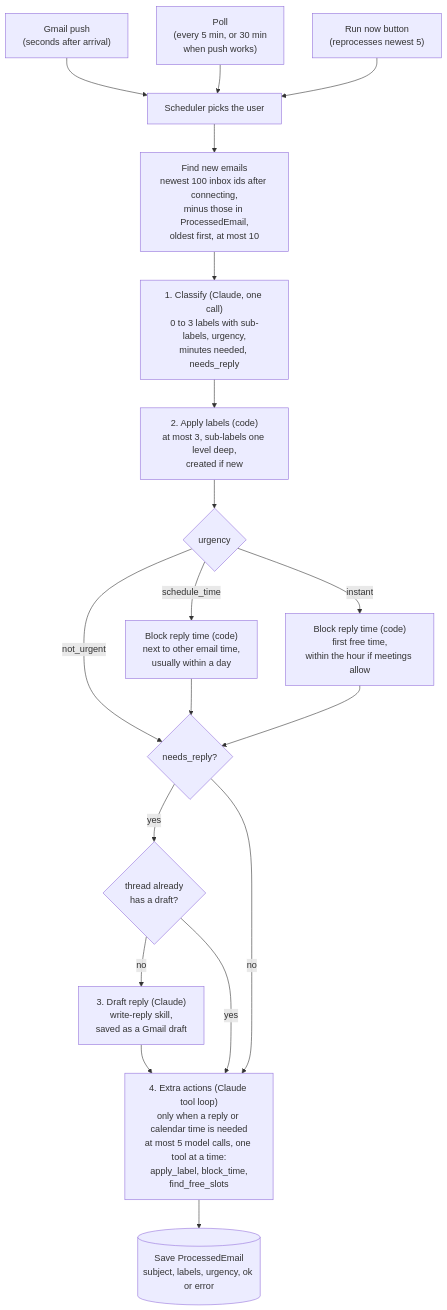
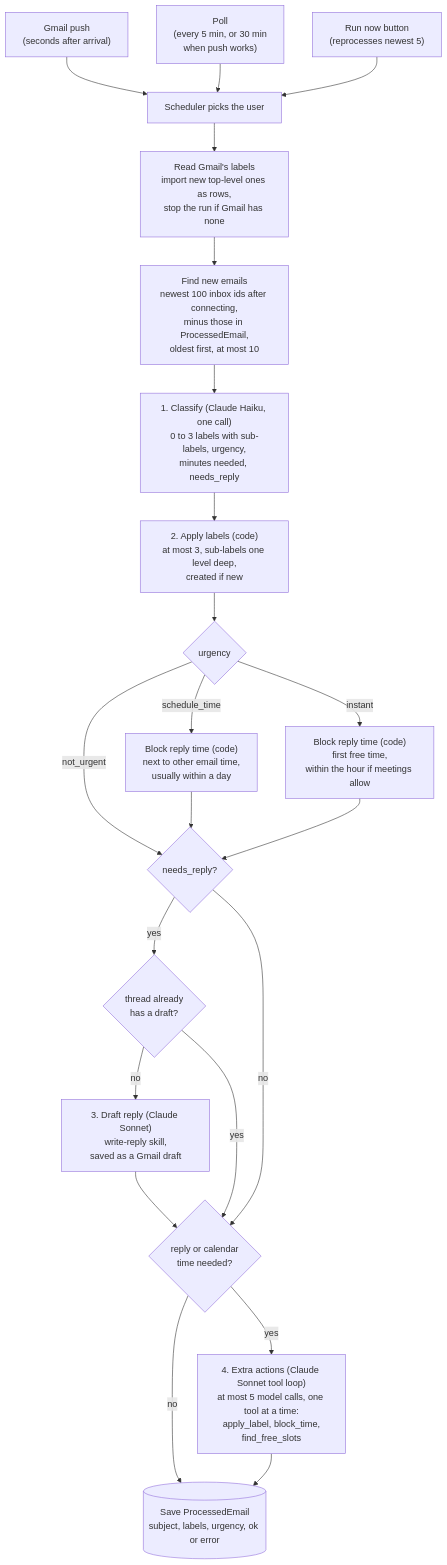
One commit to Ryancg3/email-agent-hack-2026 changed the second of 8 diagrams in docs/system-design.md. Above: the diagram before and after it, drawn with Mermaid. The commit also changed other lines of this file and 1 other file, not shown here.

First line of the commit message:
Docs: update the README and system design for label sync, evals and the reminder (#31)

````diff
--- a/docs/system-design.md
+++ b/docs/system-design.md
@@ -82,21 +87,24 @@
 ```mermaid
 flowchart TD
     T1["Gmail push<br/>(seconds after arrival)"] --> PICK
     T2["Poll<br/>(every 5 min, or 30 min<br/>when push works)"] --> PICK
     T3["Run now button<br/>(reprocesses newest 5)"] --> PICK
 
-    PICK["Scheduler picks the user"] --> FIND["Find new emails<br/>newest 100 inbox ids after connecting,<br/>minus those in ProcessedEmail,<br/>oldest first, at most 10"]
-    FIND --> CLS["1. Classify (Claude, one call)<br/>0 to 3 labels with sub-labels, urgency,<br/>minutes needed, needs_reply"]
+    PICK["Scheduler picks the user"] --> LIST["Read Gmail's labels<br/>import new top-level ones as rows,<br/>stop the run if Gmail has none"]
+    LIST --> FIND["Find new emails<br/>newest 100 inbox ids after connecting,<br/>minus those in ProcessedEmail,<br/>oldest first, at most 10"]
+    FIND --> CLS["1. Classify (Claude Haiku, one call)<br/>0 to 3 labels with sub-labels, urgency,<br/>minutes needed, needs_reply"]
     CLS --> LBL["2. Apply labels (code)<br/>at most 3, sub-labels one level deep,<br/>created if new"]
     LBL --> URG{"urgency"}
     URG -- "not_urgent" --> NR
     URG -- "schedule_time" --> BLK["Block reply time (code)<br/>next to other email time,<br/>usually within a day"] --> NR
     URG -- "instant" --> BLKU["Block reply time (code)<br/>first free time,<br/>within the hour if meetings allow"] --> NR
     NR{"needs_reply?"}
     NR -- "yes" --> HAS{"thread already<br/>has a draft?"}
-    HAS -- "no" --> DRF["3. Draft reply (Claude)<br/>write-reply skill,<br/>saved as a Gmail draft"] --> ACT
-    HAS -- "yes" --> ACT
-    NR -- "no" --> ACT
-    ACT["4. Extra actions (Claude tool loop)<br/>only when a reply or calendar time is needed<br/>at most 5 model calls, one tool at a time:<br/>apply_label, block_time,<br/>find_free_slots"]
+    HAS -- "no" --> DRF["3. Draft reply (Claude Sonnet)<br/>write-reply skill,<br/>saved as a Gmail draft"] --> LOOP
+    HAS -- "yes" --> LOOP
+    NR -- "no" --> LOOP
+    LOOP{"reply or calendar<br/>time needed?"}
+    LOOP -- "yes" --> ACT["4. Extra actions (Claude Sonnet tool loop)<br/>at most 5 model calls, one tool at a time:<br/>apply_label, block_time,<br/>find_free_slots"]
+    LOOP -- "no" --> SAVE
     ACT --> SAVE[("Save ProcessedEmail<br/>subject, labels, urgency, ok or error")]
 ```
````
